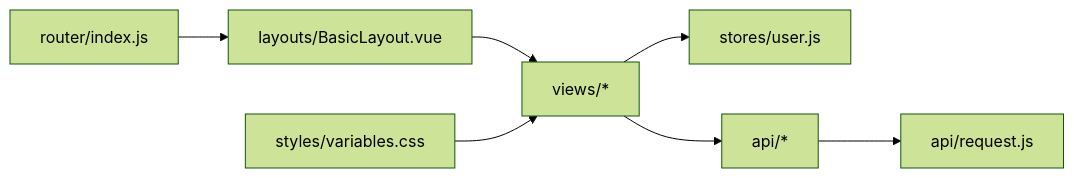
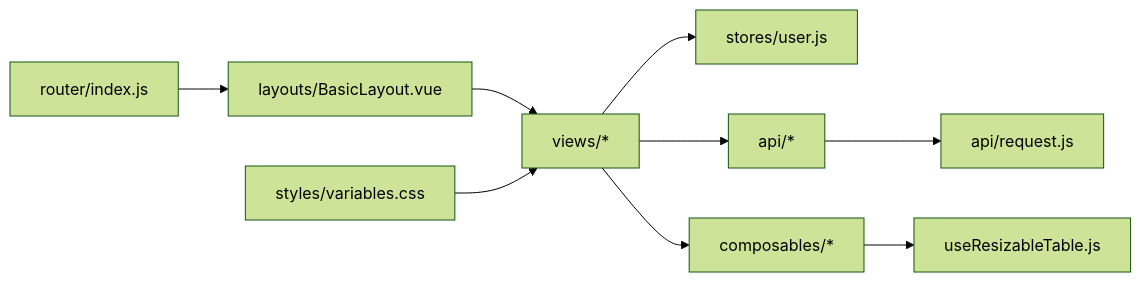
One commit to liming-lihaini/workflow changed the sixth of 6 diagrams in .qoder/repowiki/zh/content/用户界面设计/组件设计规范.md. Above: the diagram before and after it, drawn with Mermaid (forest theme). The commit also changed other lines of this file and 25 other files, not shown here.

````diff
--- a/.qoder/repowiki/zh/content/用户界面设计/组件设计规范.md
+++ b/.qoder/repowiki/zh/content/用户界面设计/组件设计规范.md
@@ -286,9 +411,11 @@
 ```mermaid
 graph LR
 Router["router/index.js"] --> Layout["layouts/BasicLayout.vue"]
 Layout --> Views["views/*"]
 Views --> Stores["stores/user.js"]
 Views --> Api["api/*"]
 Api --> Request["api/request.js"]
+Views --> Composables["composables/*"]
+Composables --> ResizableTable["useResizableTable.js"]
 Styles["styles/variables.css"] --> Views
 ```
````
